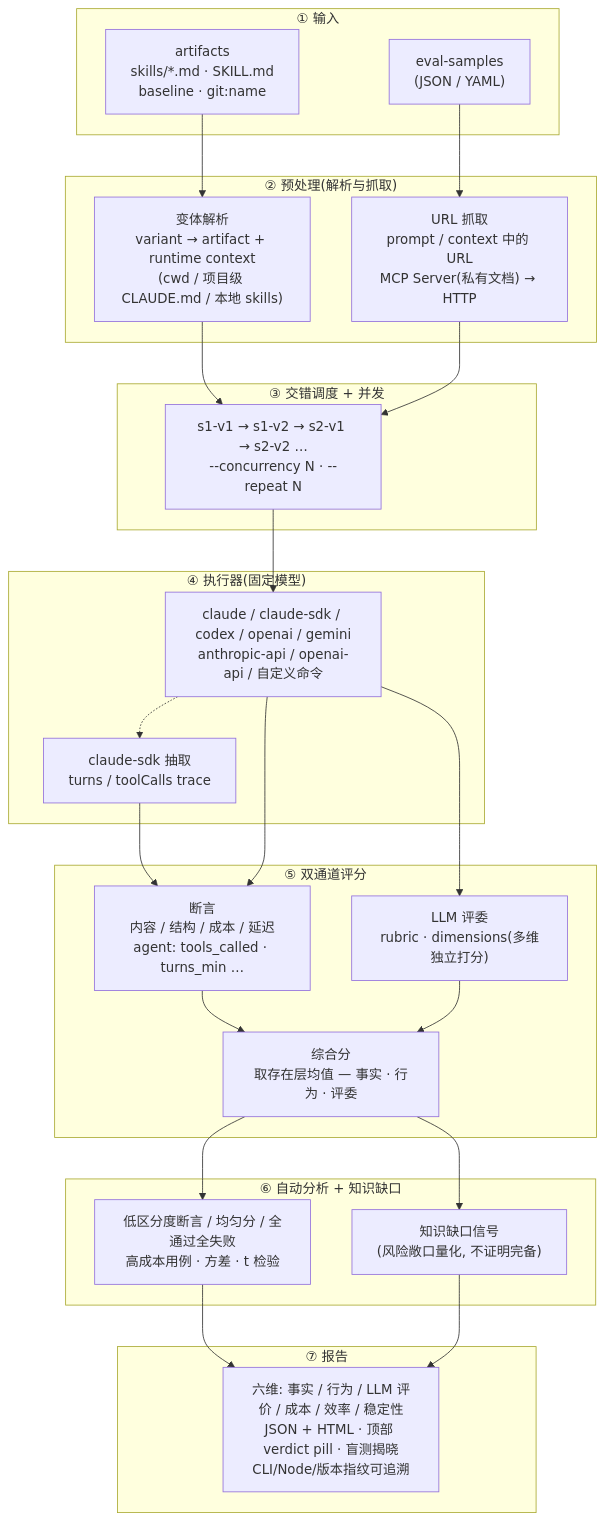
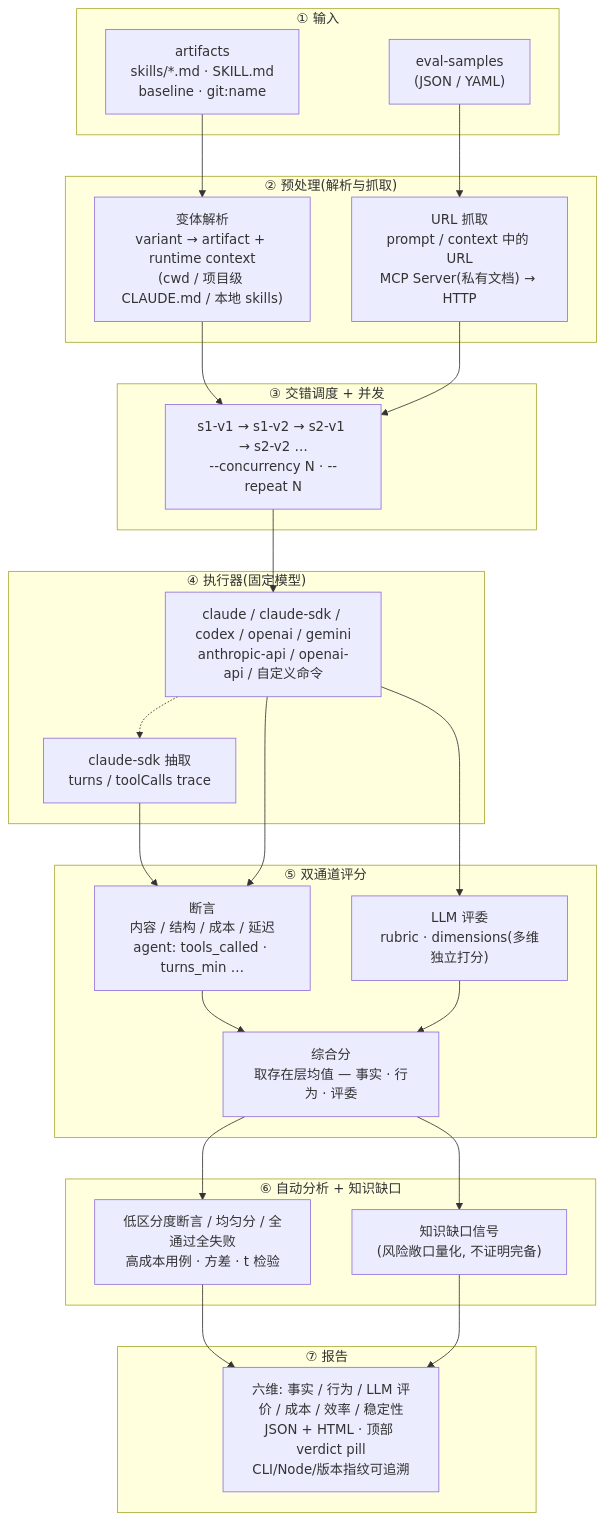
Before and after one commit to lizhiyao/oh-my-knowledge: the diagram in docs/zh/explanation/architecture.md, drawn with Mermaid. The commit also changed 41 other files, not shown here.

````diff
--- a/docs/zh/explanation/architecture.md
+++ b/docs/zh/explanation/architecture.md
@@ -5,52 +5,52 @@
 ```mermaid
 flowchart TD
     subgraph Input["① 输入"]
         S["eval-samples<br/>(JSON / YAML)"]
         A["artifacts<br/>skills/*.md · SKILL.md<br/>baseline · git:name"]
     end
 
     subgraph Prep["② 预处理(解析与抓取)"]
         V["变体解析<br/>variant → artifact + runtime context<br/>(cwd / 项目级 CLAUDE.md / 本地 skills)"]
         U["URL 抓取<br/>prompt / context 中的 URL<br/>MCP Server(私有文档) → HTTP"]
     end
 
     subgraph Schedule["③ 交错调度 + 并发"]
         Q["s1-v1 → s1-v2 → s2-v1 → s2-v2 …<br/>--concurrency N · --repeat N"]
     end
 
     subgraph Exec["④ 执行器(固定模型)"]
         E["claude / claude-sdk / codex / openai / gemini<br/>anthropic-api / openai-api / 自定义命令"]
         T["claude-sdk 抽取<br/>turns / toolCalls trace"]
         E -.-> T
     end
 
     subgraph Score["⑤ 双通道评分"]
         AS["断言<br/>内容 / 结构 / 成本 / 延迟<br/>agent: tools_called · turns_min …"]
         LS["LLM 评委<br/>rubric · dimensions(多维独立打分)"]
         CS["综合分<br/>取存在层均值 — 事实 · 行为 · 评委"]
         AS --> CS
         LS --> CS
     end
 
     subgraph Analyze["⑥ 自动分析 + 知识缺口"]
         D["低区分度断言 / 均匀分 / 全通过全失败<br/>高成本用例 · 方差 · t 检验"]
         G["知识缺口信号<br/>(风险敞口量化, 不证明完备)"]
     end
 
     subgraph Report["⑦ 报告"]
-        R["六维: 事实 / 行为 / LLM 评价 / 成本 / 效率 / 稳定性<br/>JSON + HTML · 顶部 verdict pill · 盲测揭晓<br/>CLI/Node/版本指纹可追溯"]
+        R["六维: 事实 / 行为 / LLM 评价 / 成本 / 效率 / 稳定性<br/>JSON + HTML · 顶部 verdict pill<br/>CLI/Node/版本指纹可追溯"]
     end
 
     S --> U
     A --> V
     V --> Q
     U --> Q
     Q --> E
     T --> AS
     E --> AS
     E --> LS
     CS --> D
     CS --> G
     D --> R
     G --> R
 ```
````
